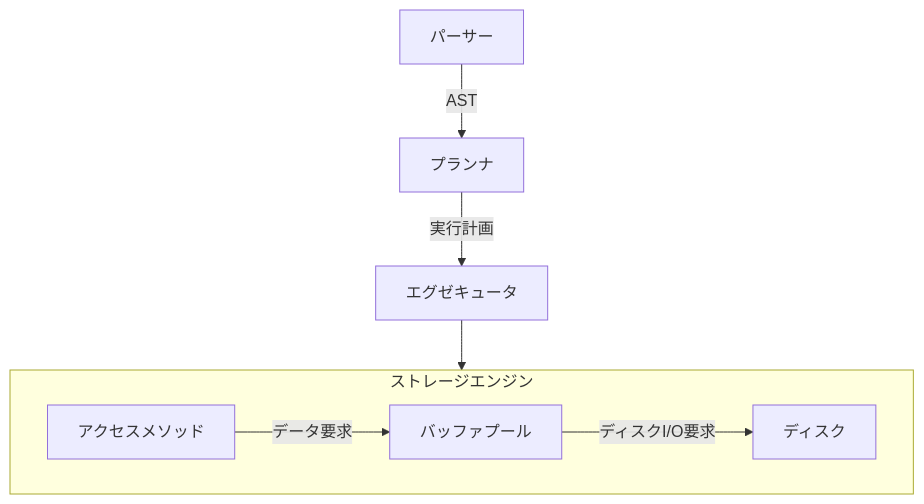
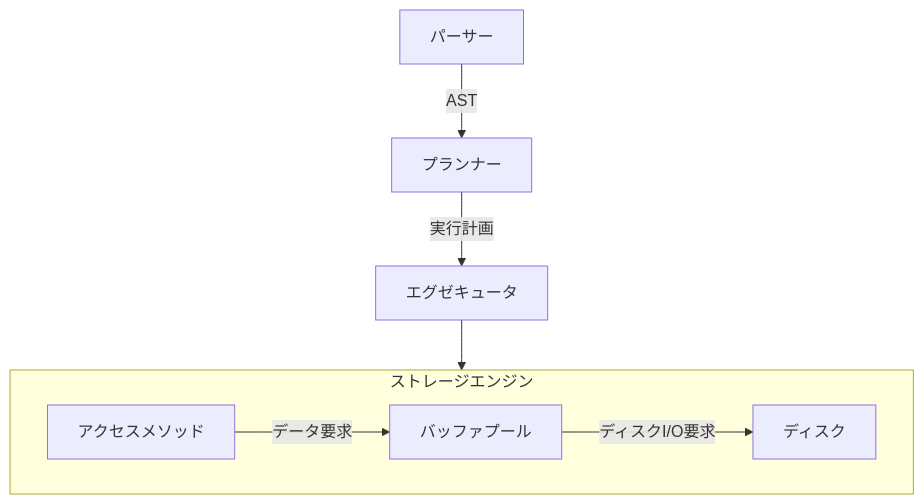
Before and after one commit to ren-yamanashi/minesql: the diagram in docs/architecture/overview.md, drawn with Mermaid. The commit also changed other lines of this file and 5 other files, not shown here.

````diff
--- a/docs/architecture/overview.md
+++ b/docs/architecture/overview.md
@@ -32,11 +28,11 @@
 ```mermaid
 graph TD
-    parser[パーサー] --AST--> planner[プランナ]
+    parser[パーサー] --AST--> planner[プランナー]
     planner --実行計画-->executor[エグゼキュータ]
     executor --> storageEngine
 
     subgraph storageEngine[ストレージエンジン]
         accessMethod[アクセスメソッド] --データ要求-->bufferPool[バッファプール]
         bufferPool --ディスクI/O要求-->diskManager[ディスク]
     end
 ```
````
